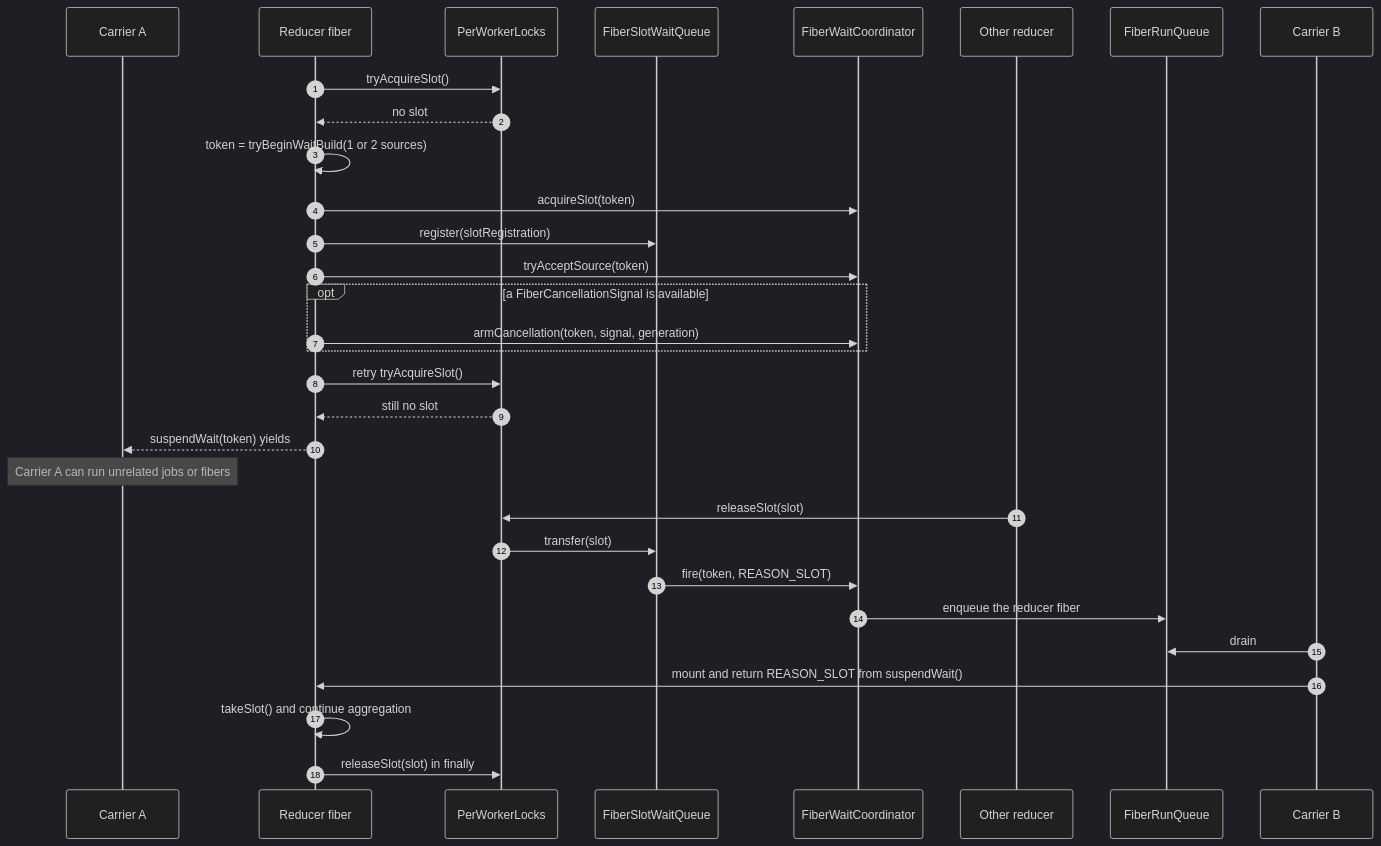
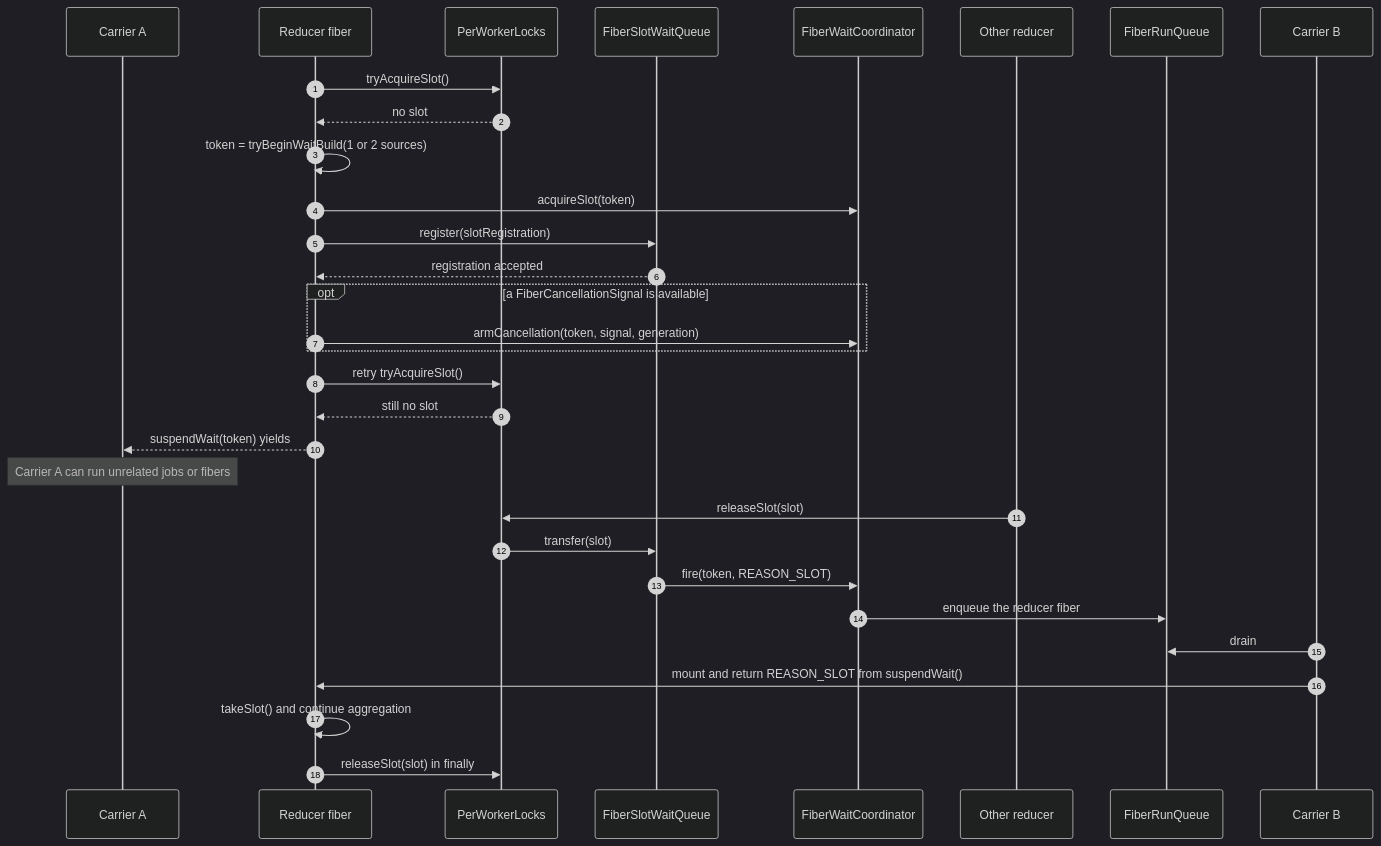
One commit to questdb/questdb changed the fourth of 4 diagrams in core/src/main/java/io/questdb/mp/continuation/DELAY_HEAP.md. Above: the diagram before and after it, drawn with Mermaid (dark theme). The commit also changed other lines of this file and 75 other files, not shown here.

````diff
--- a/core/src/main/java/io/questdb/mp/continuation/DELAY_HEAP.md
+++ b/core/src/main/java/io/questdb/mp/continuation/DELAY_HEAP.md
@@ -238,34 +239,34 @@
 ```mermaid
 sequenceDiagram
     autonumber
     participant CA as Carrier A
     participant RF as Reducer fiber
     participant PL as PerWorkerLocks
     participant SQ as FiberSlotWaitQueue
     participant CO as FiberWaitCoordinator
     participant R2 as Other reducer
     participant RQ as FiberRunQueue
     participant CB as Carrier B
 
     RF->>PL: tryAcquireSlot()
     PL-->>RF: no slot
     RF->>RF: token = tryBeginWaitBuild(1 or 2 sources)
     RF->>CO: acquireSlot(token)
     RF->>SQ: register(slotRegistration)
-    RF->>CO: tryAcceptSource(token)
+    SQ-->>RF: registration accepted
     opt a FiberCancellationSignal is available
         RF->>CO: armCancellation(token, signal, generation)
     end
     RF->>PL: retry tryAcquireSlot()
     PL-->>RF: still no slot
     RF-->>CA: suspendWait(token) yields
     Note over CA: Carrier A can run unrelated jobs or fibers
     R2->>PL: releaseSlot(slot)
     PL->>SQ: transfer(slot)
     SQ->>CO: fire(token, REASON_SLOT)
     CO->>RQ: enqueue the reducer fiber
     CB->>RQ: drain
     CB->>RF: mount and return REASON_SLOT from suspendWait()
     RF->>RF: takeSlot() and continue aggregation
     RF->>PL: releaseSlot(slot) in finally
 ```
````
